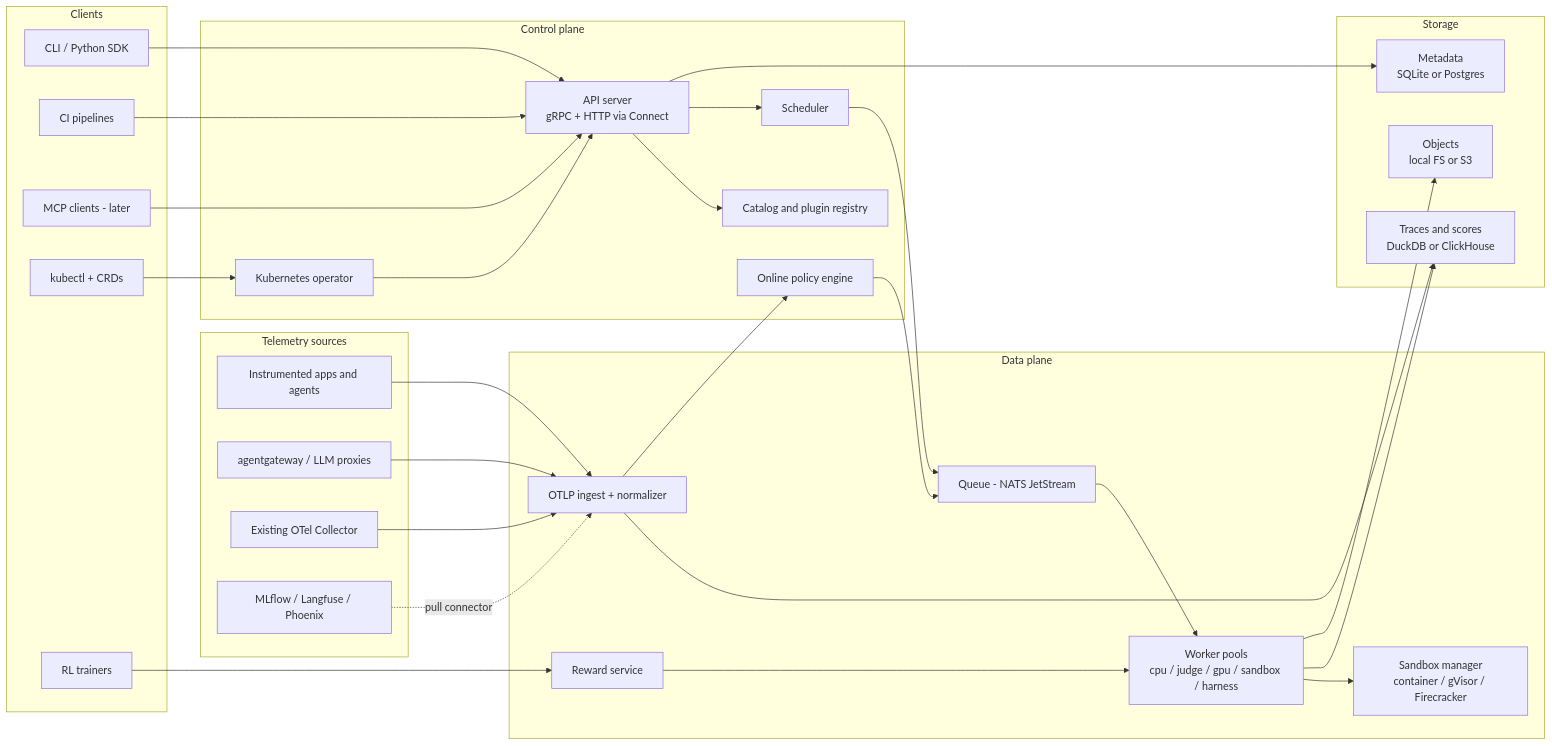
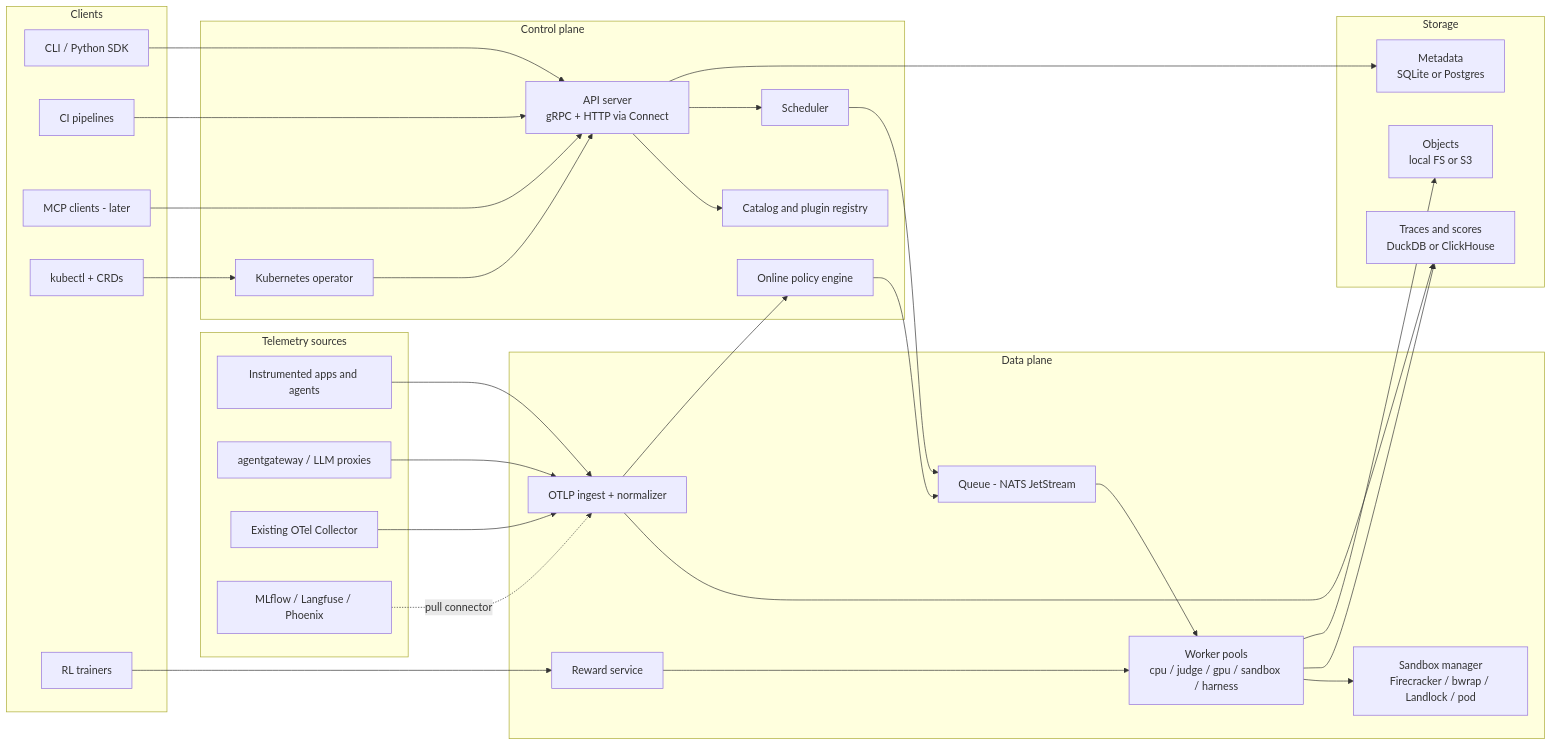
The first of 4 diagrams in docs/DESIGN.md (Abhishek-Rnjn/Evals.si), drawn with Mermaid before and after one commit. The commit also changed other lines of this file and 1 other file, not shown here.

First line of the commit message:
Record first design decisions and redesign the sandbox ladder

````diff
--- a/docs/DESIGN.md
+++ b/docs/DESIGN.md
@@ -187,59 +193,59 @@
 ```mermaid
 flowchart LR
   subgraph Clients["Clients"]
     CLI["CLI / Python SDK"]
     CI["CI pipelines"]
     MCPC["MCP clients - later"]
     KCTL["kubectl + CRDs"]
     TRN["RL trainers"]
   end
 
   subgraph Sources["Telemetry sources"]
     APP["Instrumented apps and agents"]
     GW["agentgateway / LLM proxies"]
     OTC["Existing OTel Collector"]
     BYO["MLflow / Langfuse / Phoenix"]
   end
 
   subgraph CP["Control plane"]
     API["API server<br/>gRPC + HTTP via Connect"]
     CAT["Catalog and plugin registry"]
     SCH["Scheduler"]
     OPR["Kubernetes operator"]
     POL["Online policy engine"]
   end
 
   subgraph DP["Data plane"]
     ING["OTLP ingest + normalizer"]
     Q["Queue - NATS JetStream"]
     W["Worker pools<br/>cpu / judge / gpu / sandbox / harness"]
-    SBX["Sandbox manager<br/>container / gVisor / Firecracker"]
+    SBX["Sandbox manager<br/>Firecracker / bwrap / Landlock / pod"]
     RWD["Reward service"]
   end
 
   subgraph ST["Storage"]
     META["Metadata<br/>SQLite or Postgres"]
     TS["Traces and scores<br/>DuckDB or ClickHouse"]
     OBJ["Objects<br/>local FS or S3"]
   end
 
   CLI --> API
   CI --> API
   MCPC --> API
   KCTL --> OPR --> API
   TRN --> RWD
   APP --> ING
   GW --> ING
   OTC --> ING
   BYO -.->|pull connector| ING
   API --> CAT
   API --> SCH --> Q
   ING --> TS
   ING --> POL --> Q
   Q --> W
   RWD --> W
   W --> SBX
   W --> TS
   W --> OBJ
   API --> META
 ```
````
